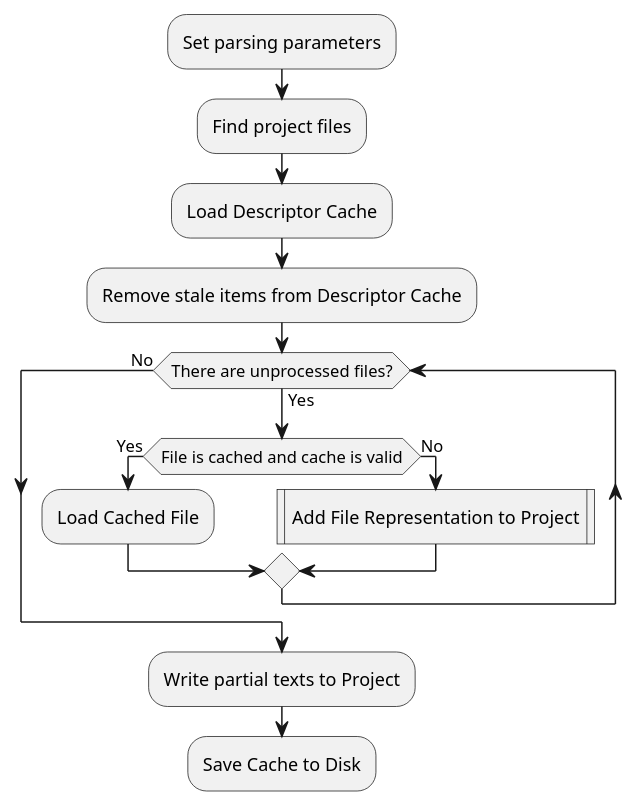
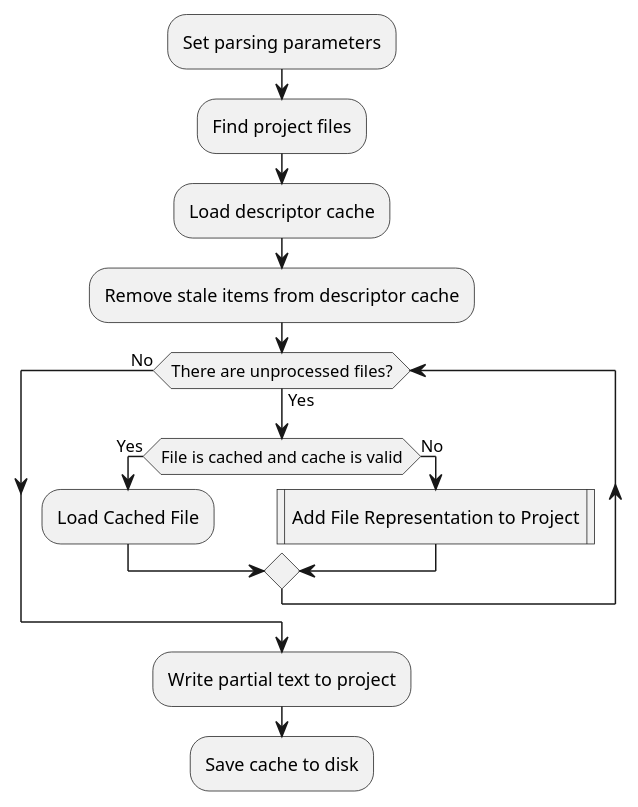
One commit to phpDocumentor/phpDocumentor changed the second of 4 diagrams in docs/internals/flow.rst. Above: the diagram before and after it, drawn with PlantUML. The commit also changed other lines of this file and 8 other files, not shown here.

Commit message:
Improve internal architecture docs.

```diff
--- a/docs/internals/flow.rst
+++ b/docs/internals/flow.rst
@@ -64,17 +59,17 @@
 .. uml::
 
    :Set parsing parameters;
    :Find project files;
-   :Load Descriptor Cache;
-   :Remove stale items from Descriptor Cache;
+    :Load descriptor cache;
+    :Remove stale items from descriptor cache;
 
    while (There are unprocessed files?) is (Yes)
        if (File is cached and cache is valid) then (Yes)
            :Load Cached File;
        else (No)
            :Add File Representation to Project|
        endif;
    endwhile (No);
 
-   :Write partial texts to Project;
-   :Save Cache to Disk;
+    :Write partial text to project;
+    :Save cache to disk;
```
